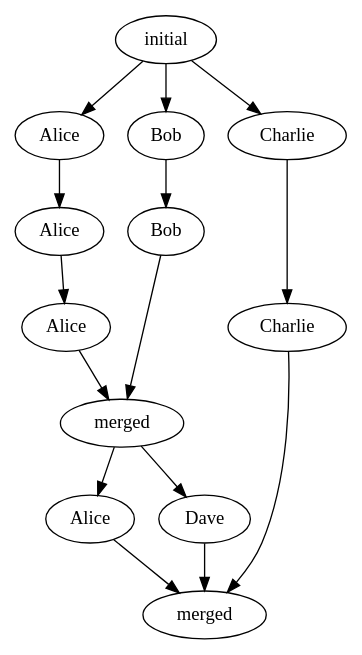
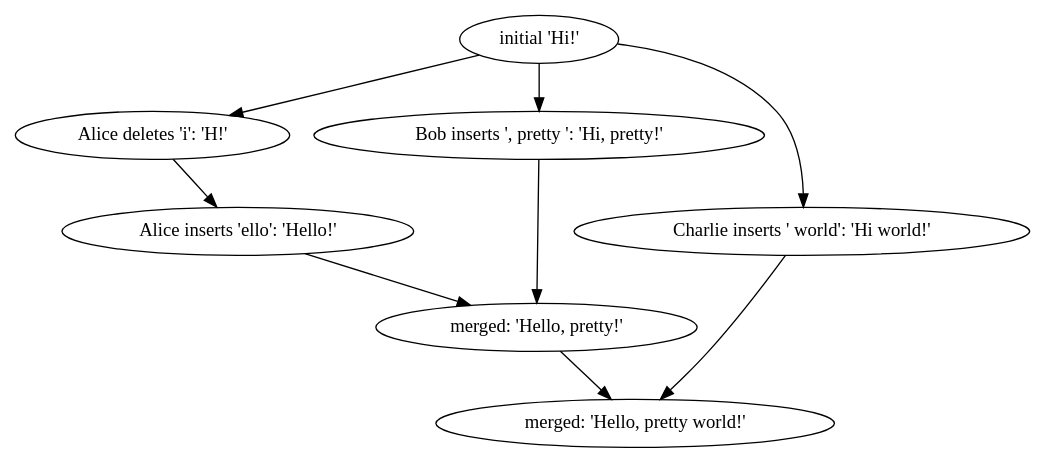
The diagram in doc/introduction.dot (kindone/text-versioncontrol), drawn with Graphviz before and after one commit. The commit also changed 8 other files, not shown here.

```diff
--- a/doc/introduction.dot
+++ b/doc/introduction.dot
@@ -1,20 +1,14 @@
 digraph introduction {
-  initial [label="initial"]
-  alice_rev0 [label="Alice"]
-  alice_rev1 [label="Alice"]
-  alice_rev2 [label="Alice"]
-  alice_rev3 [label="Alice"]
-  bob_rev0 [label="Bob"]
-  bob_rev1 [label="Bob"]
-  charlie_rev0 [label="Charlie"]
-  charlie_rev1 [label="Charlie"]
-  dave_rev0 [label="Dave"]
-  merged1 [label="merged"]
-  merged2 [label="merged"]
+  initial [label="initial 'Hi!'"]
+  alice_rev0 [label="Alice deletes 'i': 'H!'"]
+  alice_rev1 [label="Alice inserts 'ello': 'Hello!'"]
+  bob_rev0 [label="Bob inserts ', pretty ': 'Hi, pretty!'"]
+  charlie_rev0 [label="Charlie inserts ' world': 'Hi world!'"]
+  merged1 [label="merged: 'Hello, pretty!'"]
+  merged2 [label="merged: 'Hello, pretty world!'"]
 
-  initial -> alice_rev0 -> alice_rev1 -> alice_rev2 -> merged1;
-  initial -> bob_rev0 -> bob_rev1 -> merged1;
-  merged1 -> alice_rev3 -> merged2
-  merged1 -> dave_rev0 -> merged2
-  initial -> charlie_rev0 -> charlie_rev1 -> merged2
+  initial -> alice_rev0 -> alice_rev1 -> merged1;
+  initial -> bob_rev0 -> merged1;
+  merged1 -> merged2
+  initial -> charlie_rev0 -> merged2
 }
```
